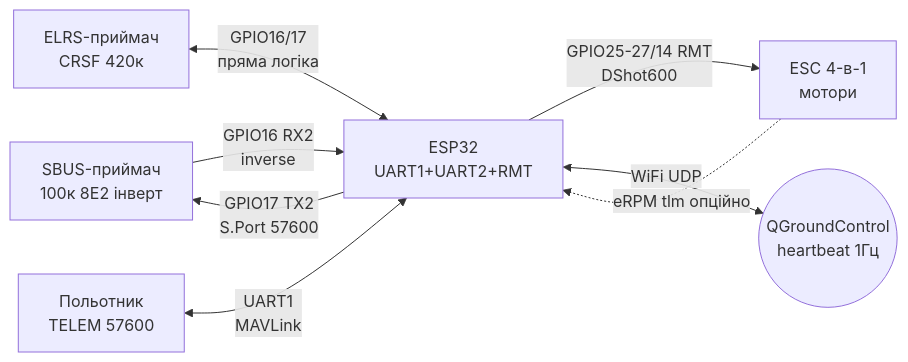
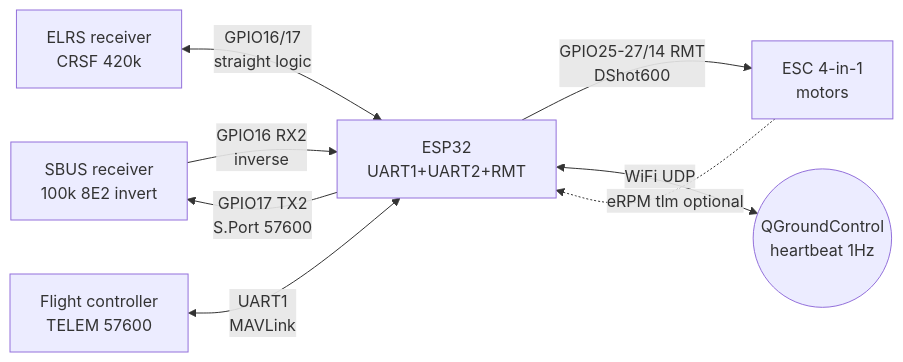
One commit to ksalab/embedded-reference changed the diagram in obsidian_vault/ESP32-Reference/EN/12-Comm-Modules/12-RC-Protocols.en.md. Above: the diagram before and after it, drawn with Mermaid. The commit also changed other lines of this file and 76 other files, not shown here.

````diff
--- a/obsidian_vault/ESP32-Reference/EN/12-Comm-Modules/12-RC-Protocols.en.md
+++ b/obsidian_vault/ESP32-Reference/EN/12-Comm-Modules/12-RC-Protocols.en.md
@@ -235,10 +235,10 @@
 ```mermaid
 graph LR
-    SBUS[SBUS-приймач<br/>100к 8E2 інверт] -->|GPIO16 RX2<br/>inverse| ESP32[ESP32<br/>UART1+UART2+RMT]
+    SBUS[SBUS receiver<br/>100k 8E2 invert] -->|GPIO16 RX2<br/>inverse| ESP32[ESP32<br/>UART1+UART2+RMT]
     ESP32 -->|GPIO17 TX2<br/>S.Port 57600| SBUS
-    ELRS[ELRS-приймач<br/>CRSF 420к] <-->|GPIO16/17<br/>пряма логіка| ESP32
-    ESP32 -->|GPIO25-27/14 RMT<br/>DShot600| ESC[ESC 4-в-1<br/>мотори]
-    ESC -.->|eRPM tlm опційно| ESP32
-    FC[Польотник<br/>TELEM 57600] <-->|UART1<br/>MAVLink| ESP32
-    ESP32 <-->|WiFi UDP| QGC((QGroundControl<br/>heartbeat 1Гц))
+    ELRS[ELRS receiver<br/>CRSF 420k] <-->|GPIO16/17<br/>straight logic| ESP32
+    ESP32 -->|GPIO25-27/14 RMT<br/>DShot600| ESC[ESC 4-in-1<br/>motors]
+    ESC -.->|eRPM tlm optional| ESP32
+    FC[Flight controller<br/>TELEM 57600] <-->|UART1<br/>MAVLink| ESP32
+    ESP32 <-->|WiFi UDP| QGC((QGroundControl<br/>heartbeat 1Hz))
 ```
````
